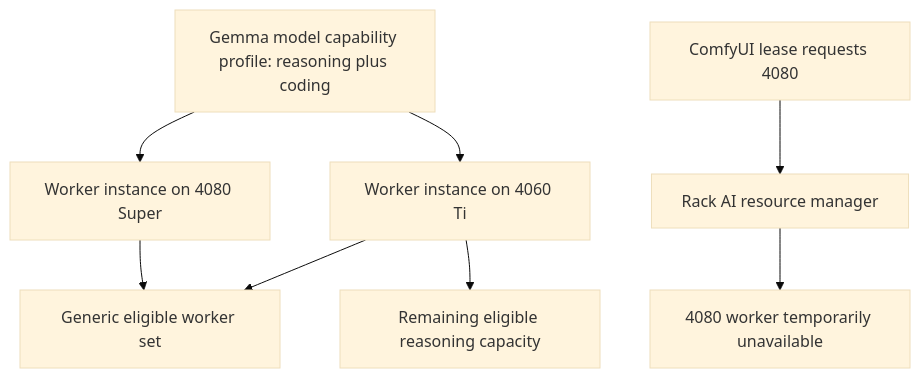
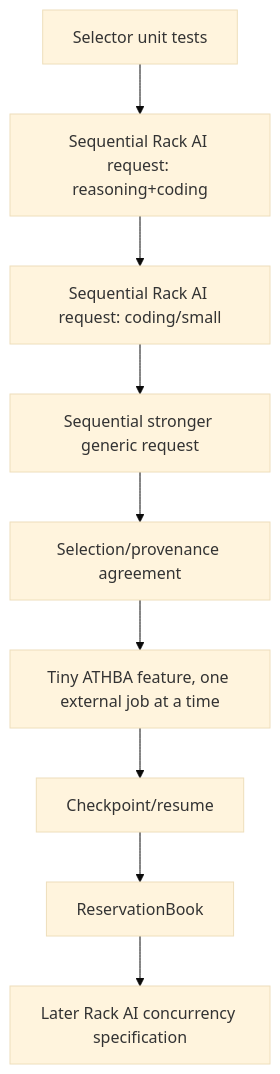
The eighth of 9 diagrams in docs/pr23_worker_routing_state_machines.md (Tommyboyjedi/ATHBA), drawn with Mermaid (base theme) before and after one commit. The commit also changed other lines of this file, not shown here.

````diff
--- a/docs/pr23_worker_routing_state_machines.md
+++ b/docs/pr23_worker_routing_state_machines.md
@@ -287,10 +176,11 @@
 ```mermaid
 flowchart TD
-    MP[Gemma model capability profile: reasoning plus coding] --> W1[Worker instance on 4060 Ti]
-    MP --> W2[Worker instance on 4080 Super]
-    W1 --> Q[Generic eligible worker set]
-    W2 --> Q
-    C[ComfyUI lease requests 4080] --> R[Rack AI resource manager]
-    R --> W2X[4080 worker temporarily unavailable]
-    W1 --> Q2[Remaining eligible reasoning capacity]
+    A[Selector unit tests] --> B[Sequential Rack AI request: reasoning+coding]
+    B --> C[Sequential Rack AI request: coding/small]
+    C --> D[Sequential stronger generic request]
+    D --> E[Selection/provenance agreement]
+    E --> F[Tiny ATHBA feature, one external job at a time]
+    F --> G[Checkpoint/resume]
+    G --> H[ReservationBook]
+    H --> I[Later Rack AI concurrency specification]
 ```
````
